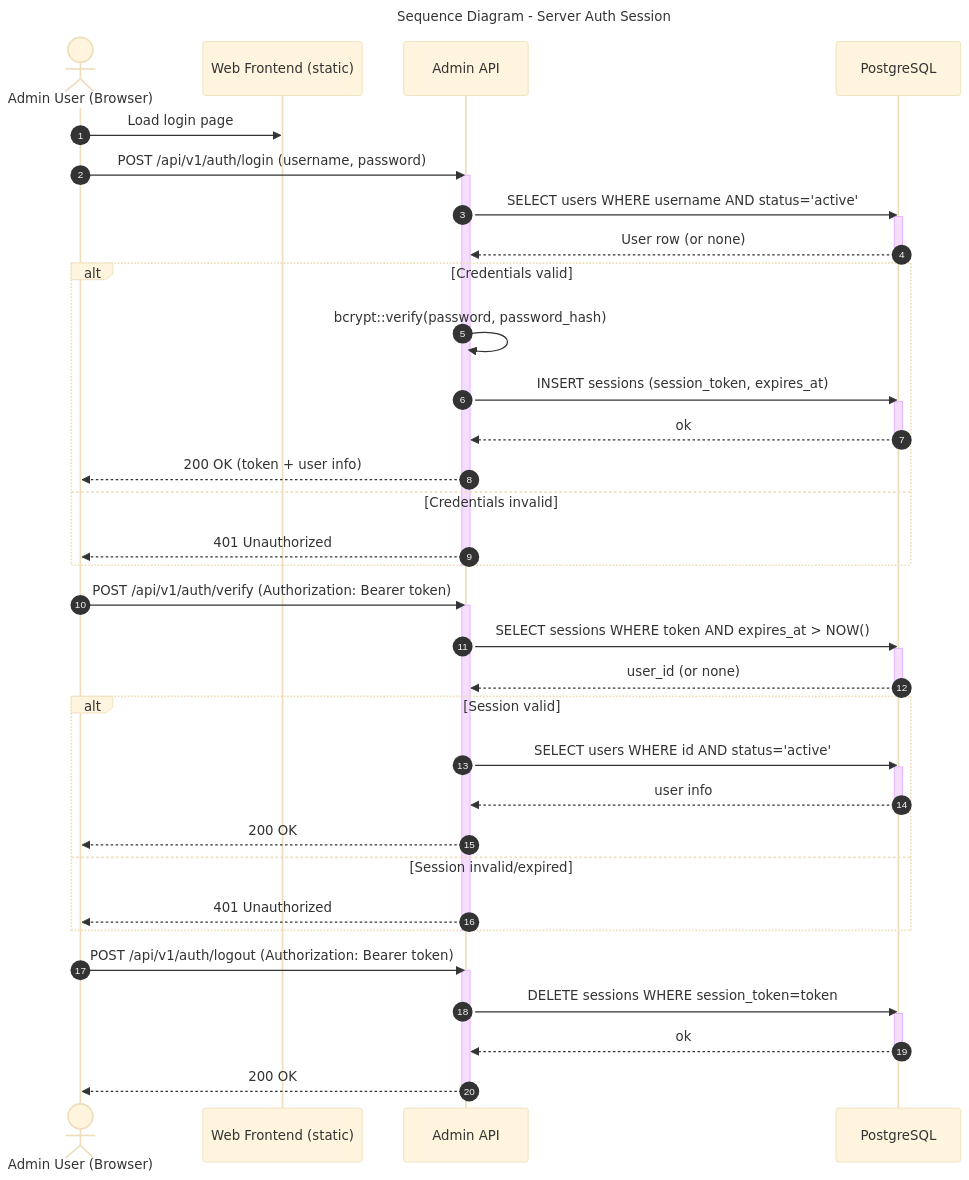
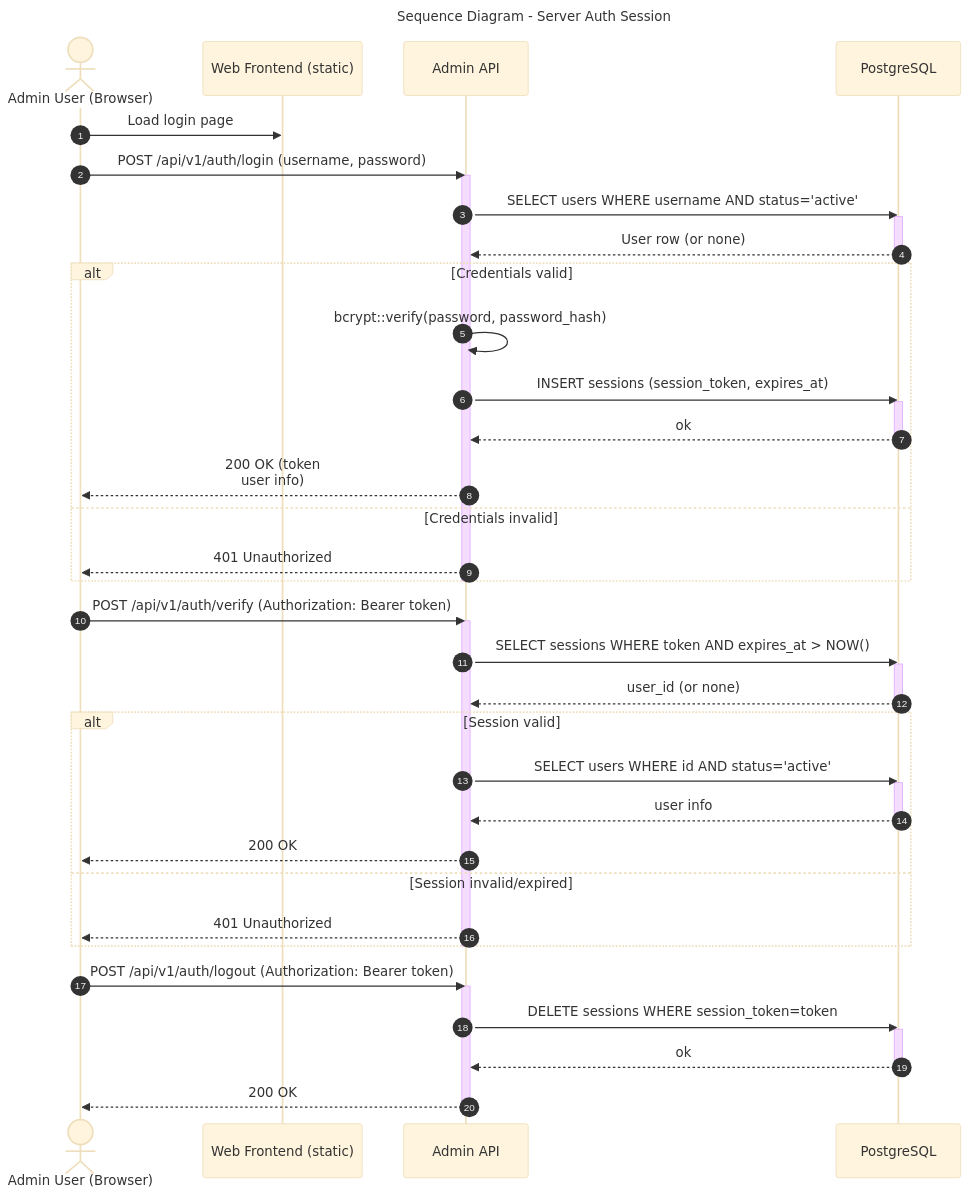
One commit to CHATEAUFORGE-LLC/QuantumZero changed the diagram in diagrams/sequence-server-auth-session.mmd. Above: the diagram before and after it, drawn with Mermaid. The commit also changed 89 other files, not shown here.

Commit message:
further diagram enhancment to align with notation

```diff
--- a/diagrams/sequence-server-auth-session.mmd
+++ b/diagrams/sequence-server-auth-session.mmd
@@ -1,61 +1,61 @@
 ---
 title: Sequence Diagram - Server Auth Session
 config:
   theme: base
 ---
 %% QuantumZero UML palette note: actors/external=#fff7e6/#b45309, system/component=#e0f2fe/#075985, datastore=#ecfccb/#4d7c0f, notes=#fff9c4/#d97706. Aligns diagrams to Deliverable 1 UML/DFD theme.
 %% Implements: QuantumZero-server/services/admin-api/src/handlers.rs (login/logout/verify_session)
 sequenceDiagram
   autonumber
   actor Admin as Admin User (Browser)
   participant Web as Web Frontend (static)
   participant API as Admin API
   participant DB as PostgreSQL
 
   Admin->>Web: Load login page
 
   Admin->>API: POST /api/v1/auth/login (username, password)
   activate API
   API->>DB: SELECT users WHERE username AND status='active'
   activate DB
   DB-->>API: User row (or none)
   deactivate DB
 
   alt Credentials valid
     API->>API: bcrypt::verify(password, password_hash)
     API->>DB: INSERT sessions (session_token, expires_at)
     activate DB
     DB-->>API: ok
     deactivate DB
-    API-->>Admin: 200 OK (token + user info)
+    API-->>Admin: 200 OK (token<br>user info)
   else Credentials invalid
     API-->>Admin: 401 Unauthorized
   end
   deactivate API
 
   Admin->>API: POST /api/v1/auth/verify (Authorization: Bearer token)
   activate API
   API->>DB: SELECT sessions WHERE token AND expires_at > NOW()
   activate DB
   DB-->>API: user_id (or none)
   deactivate DB
 
   alt Session valid
     API->>DB: SELECT users WHERE id AND status='active'
     activate DB
     DB-->>API: user info
     deactivate DB
     API-->>Admin: 200 OK
   else Session invalid/expired
     API-->>Admin: 401 Unauthorized
   end
   deactivate API
 
   Admin->>API: POST /api/v1/auth/logout (Authorization: Bearer token)
   activate API
   API->>DB: DELETE sessions WHERE session_token=token
   activate DB
   DB-->>API: ok
   deactivate DB
   API-->>Admin: 200 OK
   deactivate API
```
